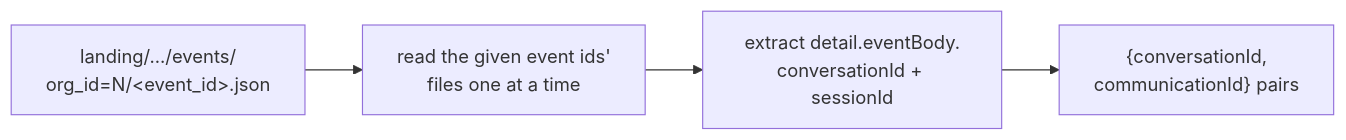
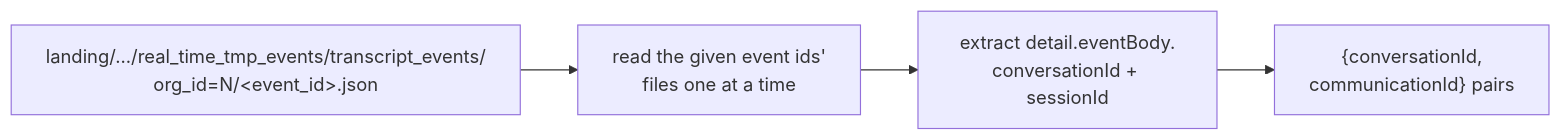
Before and after one commit to DominusChaos1789/genesys-unitary-dispatcher: the fifth of 7 diagrams in docs/how-it-works.md, drawn with Mermaid. The commit also changed 7 other files, not shown here.

First line of the commit message:
Read transcript_events from real_time_tmp_events/transcript_events/

````diff
--- a/docs/how-it-works.md
+++ b/docs/how-it-works.md
@@ -258,6 +258,6 @@
 ```mermaid
 flowchart LR
-    E["landing/.../events/<br/>org_id=N/&lt;event_id&gt;.json"] --> R["read the given event ids'<br/>files one at a time"]
+    E["landing/.../real_time_tmp_events/transcript_events/<br/>org_id=N/&lt;event_id&gt;.json"] --> R["read the given event ids'<br/>files one at a time"]
     R --> X["extract detail.eventBody.<br/>conversationId + sessionId"]
     X --> P["{conversationId,<br/>communicationId} pairs"]
 ```
````
